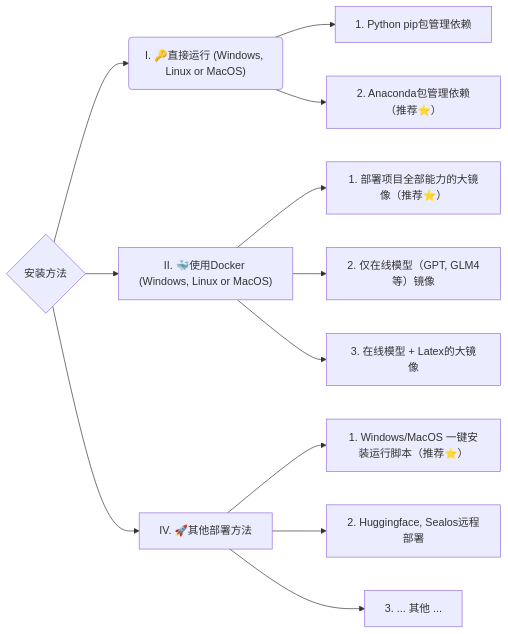
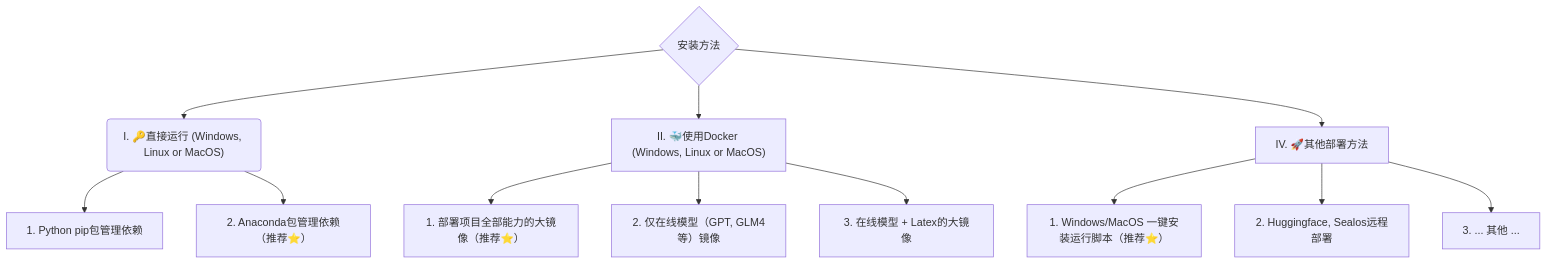
One commit to binary-husky/gpt_academic changed the first of 2 diagrams in README.md. Above: the diagram before and after it, drawn with Mermaid. The commit also changed other lines of this file, not shown here.

````diff
--- a/README.md
+++ b/README.md
@@ -120,17 +120,17 @@
 ```mermaid
-flowchart LR
+flowchart TD
     A{"安装方法"} --> W1("I. 🔑直接运行 (Windows, Linux or MacOS)")
     W1 --> W11["1. Python pip包管理依赖"]
     W1 --> W12["2. Anaconda包管理依赖（推荐⭐）"]
 
     A --> W2["II. 🐳使用Docker (Windows, Linux or MacOS)"]
 
     W2 --> k1["1. 部署项目全部能力的大镜像（推荐⭐）"]
     W2 --> k2["2. 仅在线模型（GPT, GLM4等）镜像"]
     W2 --> k3["3. 在线模型 + Latex的大镜像"]
 
     A --> W4["IV. 🚀其他部署方法"]
     W4 --> C1["1. Windows/MacOS 一键安装运行脚本（推荐⭐）"]
     W4 --> C2["2. Huggingface, Sealos远程部署"]
     W4 --> C4["3. ... 其他 ..."]
 ```
````
